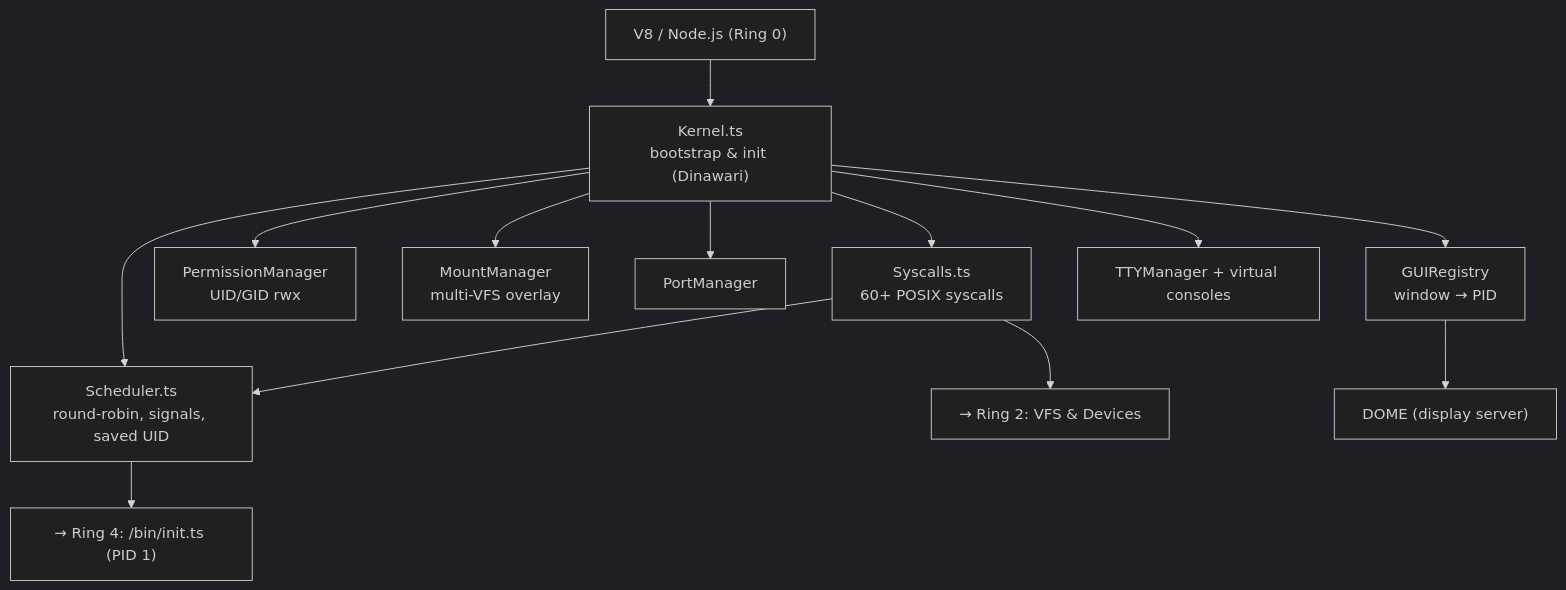
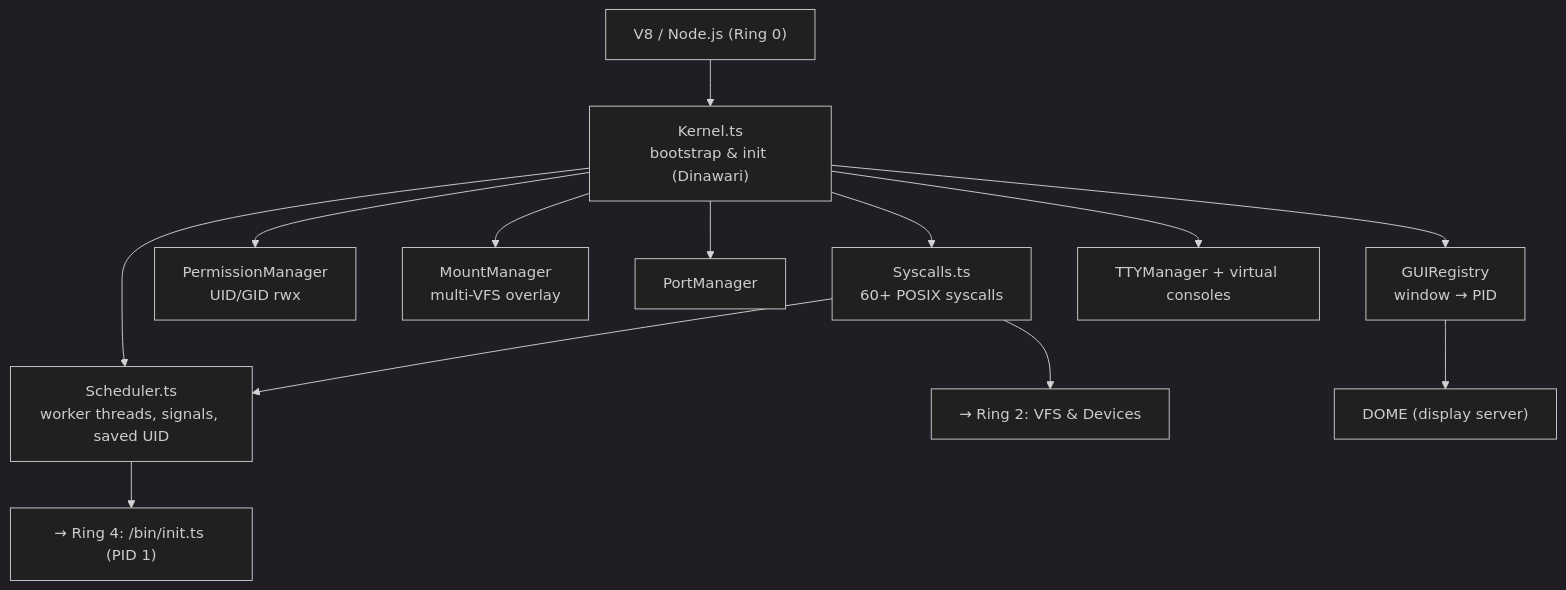
Before and after one commit to codeforged/tsix: the first of 8 diagrams in wiki/diagram/complete-diagram.mmd, drawn with Mermaid (dark theme). The commit also changed 1 other file, not shown here.

Commit message:
docs(diagram): perbaiki deskripsi Scheduler di diagram Ring 1
Scheduler TSIX tidak memakai round-robin (time-slicing preemptive).
Multitasking adalah concurrency Node.js via worker threads; kernel hanya
mengatur lifecycle dan sinyal. Ganti 'round-robin' -> 'worker threads'
di complete-diagram.mmd dan render ulang complete-diagram-ring1.png.

````diff
--- a/wiki/diagram/complete-diagram.mmd
+++ b/wiki/diagram/complete-diagram.mmd
@@ -19,22 +19,22 @@
 ```mermaid
 flowchart TB
     V8["V8 / Node.js (Ring 0)"]
     K["Kernel.ts<br/>bootstrap & init (Dinawari)"]
     SC["Syscalls.ts<br/>60+ POSIX syscalls"]
-    SCH["Scheduler.ts<br/>round-robin, signals, saved UID"]
+    SCH["Scheduler.ts<br/>worker threads, signals, saved UID"]
     PM["PermissionManager<br/>UID/GID rwx"]
     MM["MountManager<br/>multi-VFS overlay"]
     PO["PortManager"]
     GR["GUIRegistry<br/>window → PID"]
     TM["TTYManager + virtual consoles"]
     R2["→ Ring 2: VFS & Devices"]
     R4["→ Ring 4: /bin/init.ts (PID 1)"]
     DOME["DOME (display server)"]
 
     V8 --> K
     K --> SC & SCH & PM & MM & PO & GR & TM
     SC --> R2
     SC --> SCH
     SCH --> R4
     GR --> DOME
 ```
````
